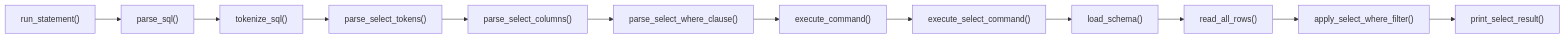
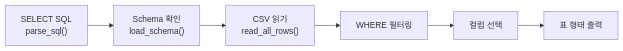
Before and after one commit to jungilyu15/Mini_SQL: the fourth of 6 diagrams in README.md, drawn with Mermaid. The commit also changed other lines of this file, not shown here.

First line of the commit message:
Revise project execution flow and data handling details

````diff
--- a/README.md
+++ b/README.md
@@ -223,14 +194,8 @@
 ```mermaid
 flowchart LR
-    A["run_statement()"] --> B["parse_sql()"]
-    B --> C["tokenize_sql()"]
-    C --> D["parse_select_tokens()"]
-    D --> E["parse_select_columns()"]
-    E --> F["parse_select_where_clause()"]
-    F --> G["execute_command()"]
-    G --> H["execute_select_command()"]
-    H --> I["load_schema()"]
-    I --> J["read_all_rows()"]
-    J --> K["apply_select_where_filter()"]
-    K --> L["print_select_result()"]
+    A["SELECT SQL<br/>parse_sql()"] --> B["Schema 확인<br/>load_schema()"]
+    B --> C["CSV 읽기<br/>read_all_rows()"]
+    C --> D["WHERE 필터링"]
+    D --> E["컬럼 선택"]
+    E --> F["표 형태 출력"]
 ```
````
